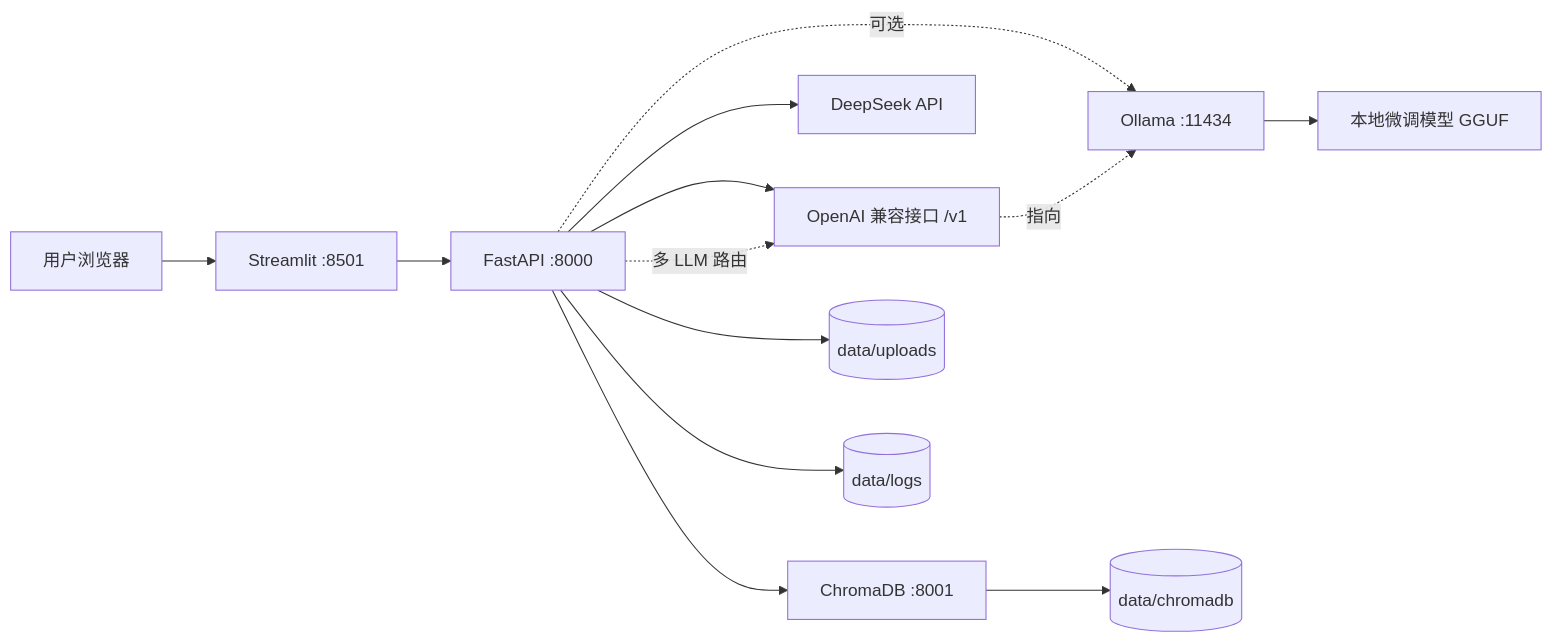
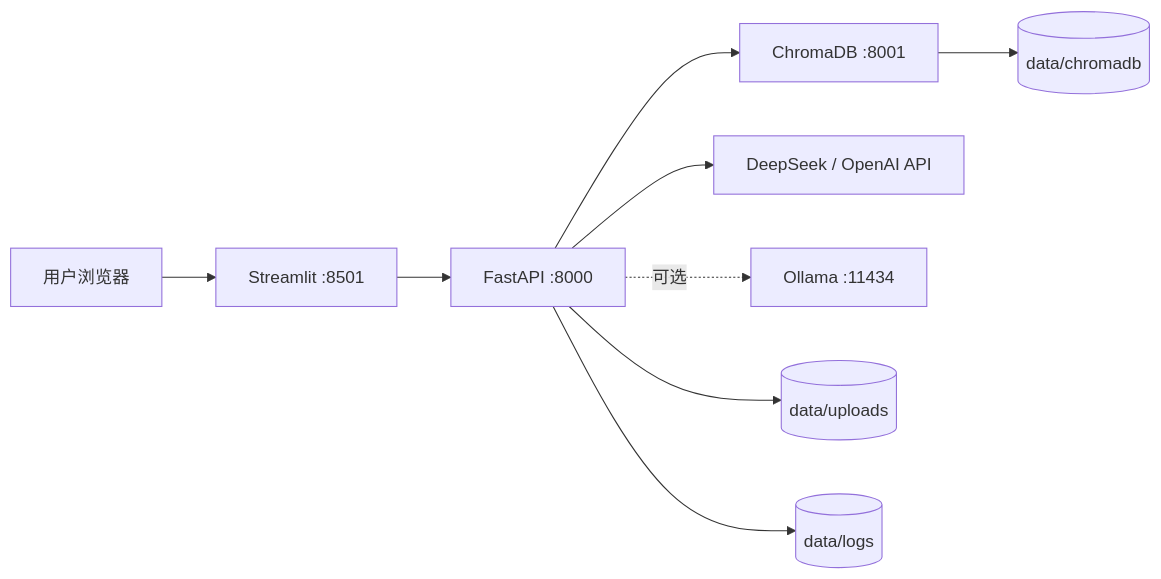
One commit to plutoczm/DataCopilot changed the seventh of 7 diagrams in docs/ARCHITECTURE.md. Above: the diagram before and after it, drawn with Mermaid. The commit also changed other lines of this file, not shown here.

Commit message:
docs: align architecture with ai application refactor

````diff
--- a/docs/ARCHITECTURE.md
+++ b/docs/ARCHITECTURE.md
@@ -159,15 +193,11 @@
 ```mermaid
 flowchart LR
     User[用户浏览器] --> Frontend[Streamlit :8501]
     Frontend --> Backend[FastAPI :8000]
     Backend --> Chroma[ChromaDB :8001]
-    Backend --> DeepSeek[DeepSeek API]
+    Backend --> Cloud[DeepSeek / OpenAI API]
     Backend -. 可选 .-> Ollama[Ollama :11434]
-    Ollama --> Finetuned[本地微调模型 GGUF]
-    Backend --> OpenAICompat[OpenAI 兼容接口 /v1]
-    Backend -. 多 LLM 路由 .-> OpenAICompat
-    OpenAICompat -. 指向 .-> Ollama
     Chroma --> VectorData[(data/chromadb)]
     Backend --> Files[(data/uploads)]
     Backend --> Logs[(data/logs)]
 ```
````
